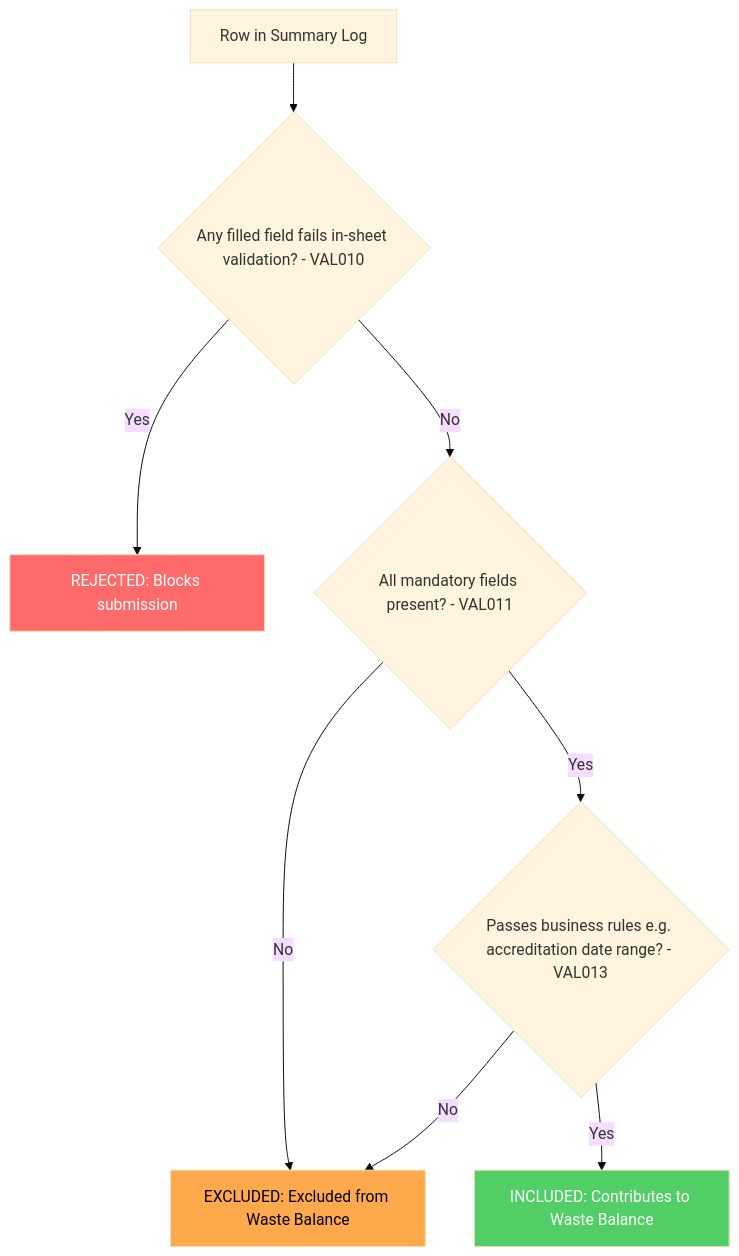
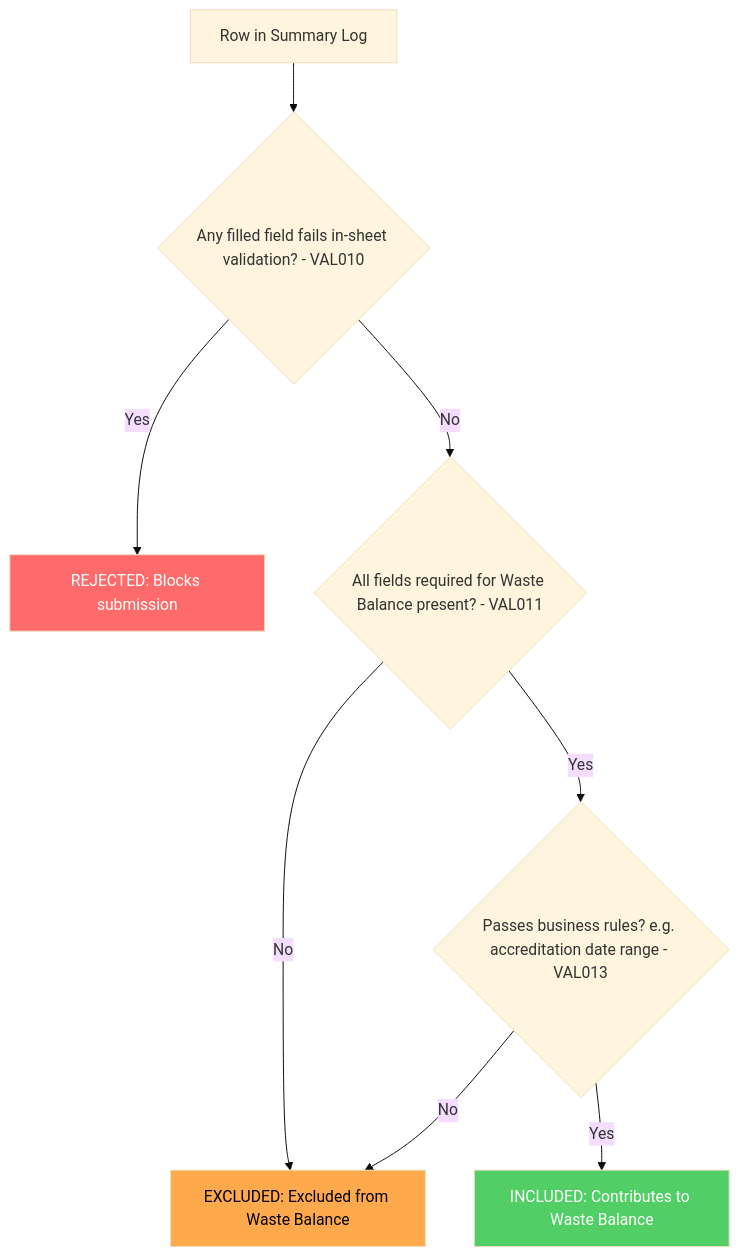
Before and after one commit to DEFRA/epr-re-ex-service: the diagram in docs/architecture/defined/summary-log-row-validation-classification.md, drawn with Mermaid (base theme). The commit also changed other lines of this file, not shown here.

Commit message:
docs: align row classification terminology with LLD
Rename "mandatory fields" to "fields required for Waste Balance" to
match the LLD terminology. These fields aren't mandatory for submission,
only for contributing to the Waste Balance calculation.

````diff
--- a/docs/architecture/defined/summary-log-row-validation-classification.md
+++ b/docs/architecture/defined/summary-log-row-validation-classification.md
@@ -59,17 +59,17 @@
 ```mermaid
 flowchart TD
     A[Row in Summary Log] --> B{Any filled field fails in-sheet validation? - VAL010}
 
     B -->|Yes| REJECTED["REJECTED: Blocks submission"]
-    B -->|No| C{All mandatory fields present? - VAL011}
+    B -->|No| C{All fields required for Waste Balance present? - VAL011}
 
     C -->|No| EXCLUDED["EXCLUDED: Excluded from Waste Balance"]
-    C -->|Yes| D{Passes business rules e.g. accreditation date range? - VAL013}
+    C -->|Yes| D{Passes business rules? e.g. accreditation date range - VAL013}
 
     D -->|No| EXCLUDED
     D -->|Yes| INCLUDED["INCLUDED: Contributes to Waste Balance"]
 
     style REJECTED fill:#ff6b6b,color:#fff
     style EXCLUDED fill:#ffa94d,color:#000
     style INCLUDED fill:#51cf66,color:#fff
 ```
````
